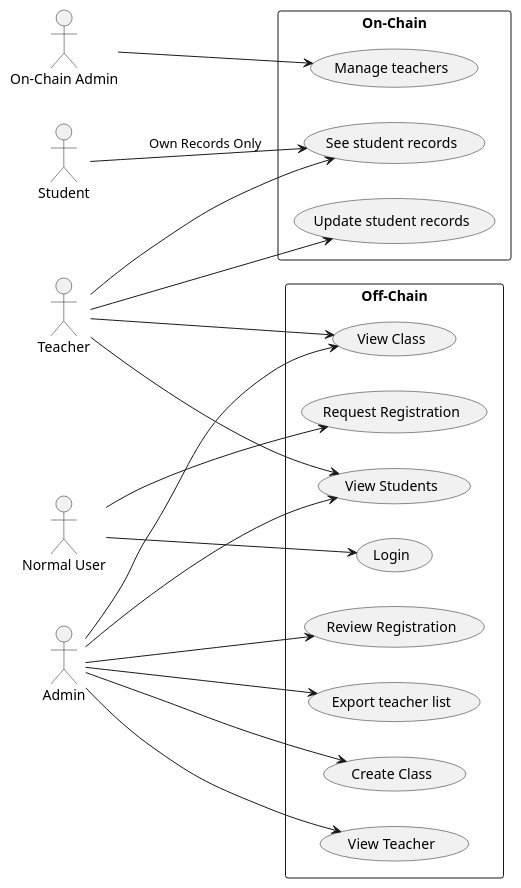
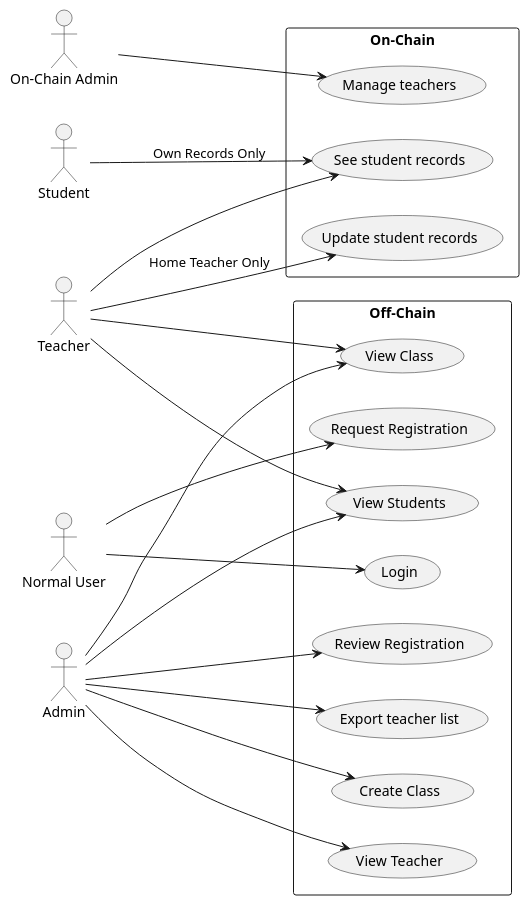
The second of 2 diagrams in docs/Requirement.md (khoinguyen26/EduBlock_Hackathon), drawn with PlantUML before and after one commit. The commit also changed other lines of this file, not shown here.

````diff
--- a/docs/Requirement.md
+++ b/docs/Requirement.md
@@ -100,53 +100,53 @@
 ```plantuml
 @startuml
 
 left to right direction
 
 actor "Normal User" as U
 actor Student as S
 actor Teacher as T
 actor Admin as A
 actor "On-Chain Admin" as OA
 
 rectangle "Off-Chain" {
   usecase "Request Registration" as UC_U_R
   usecase "Login" as UC_U_L
 
   usecase "View Class" as UC_T_VC
   usecase "View Students" as UC_T_VS
 
   usecase "Create Class" as UC_A_CC
   usecase "View Teacher" as UC_A_VT
   usecase "Review Registration" as UC_A_RR
   usecase "Export teacher list" as UC_A_ETL
 }
 
 rectangle "On-Chain" {
   usecase "See student records" as UC_S_SR
   
   usecase "Update student records" as UC_T_UR
 
   usecase "Manage teachers" as UC_OA_MT
 }
 
 U --> UC_U_R
 U --> UC_U_L
 
 S --> UC_S_SR : Own Records Only
 
 T --> UC_T_VC
 T --> UC_T_VS
-T --> UC_T_UR
+T --> UC_T_UR : Home Teacher Only
 T --> UC_S_SR
 
 A --> UC_A_CC
 A --> UC_A_VT
 A --> UC_A_RR
 A --> UC_A_ETL
 A --> UC_T_VS
 A --> UC_T_VC
 
 OA --> UC_OA_MT
 
 @enduml
 ```
````
